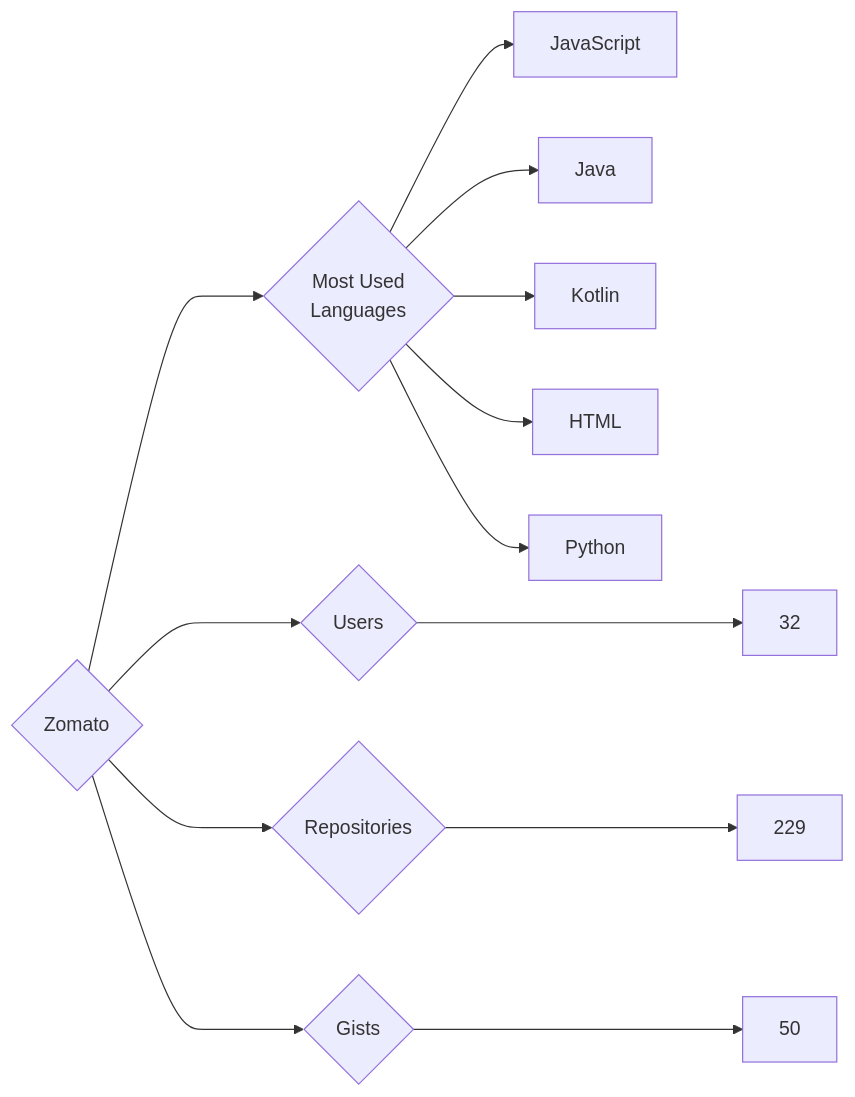
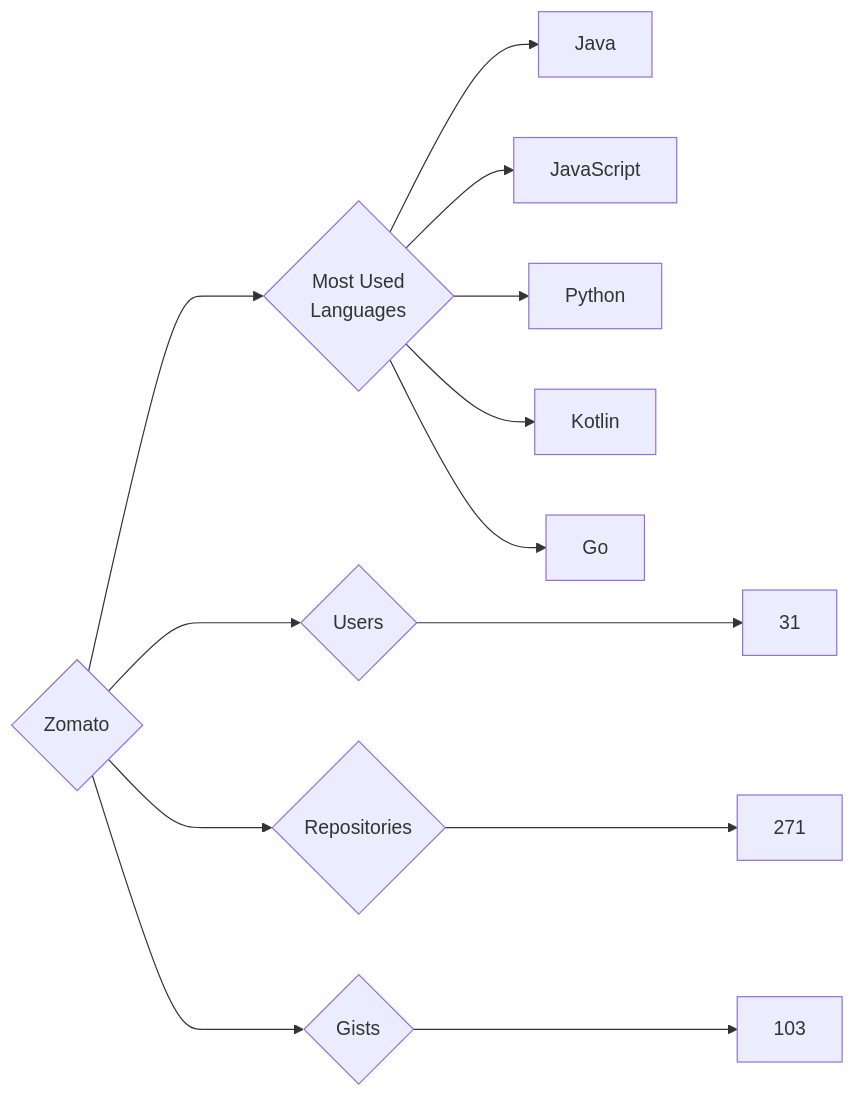
The diagram in targets/Zomato/README.md (trickest/insiders), drawn with Mermaid before and after one commit. The commit also changed 851 other files, not shown here.

````diff
--- a/targets/Zomato/README.md
+++ b/targets/Zomato/README.md
@@ -3,13 +3,13 @@
 ```mermaid
 graph LR
 COMPANY_NAME{Zomato}
-COMPANY_NAME ---> U{Users} ---> UN[32]
-COMPANY_NAME ---> R{Repositories} ---> RN[229]
-COMPANY_NAME ---> G{Gists} ---> GN[50]
+COMPANY_NAME ---> U{Users} ---> UN[31]
+COMPANY_NAME ---> R{Repositories} ---> RN[271]
+COMPANY_NAME ---> G{Gists} ---> GN[103]
 COMPANY_NAME ---> ML{Most Used<br>Languages}
+ML --> Java[Java]
 ML --> JavaScript[JavaScript]
-ML --> Java[Java]
+ML --> Python[Python]
 ML --> Kotlin[Kotlin]
-ML --> HTML[HTML]
-ML --> Python[Python]
+ML --> Go[Go]
 ```
````
